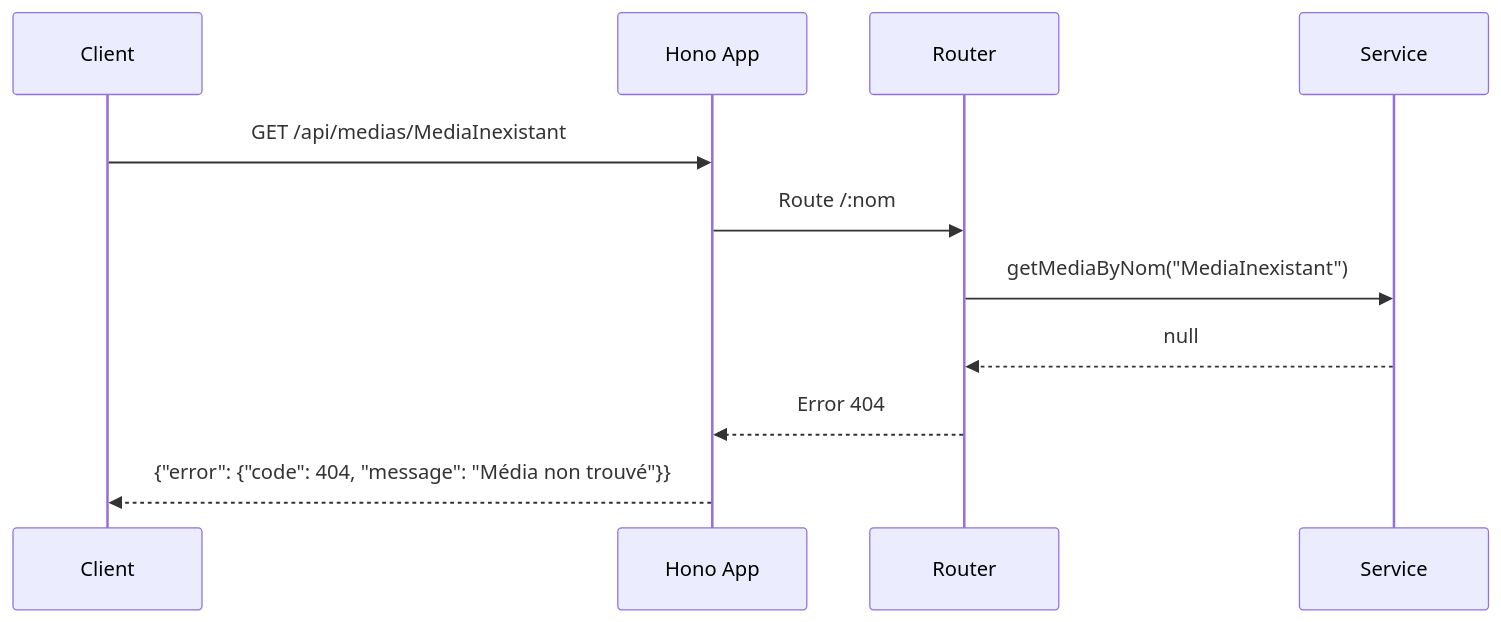
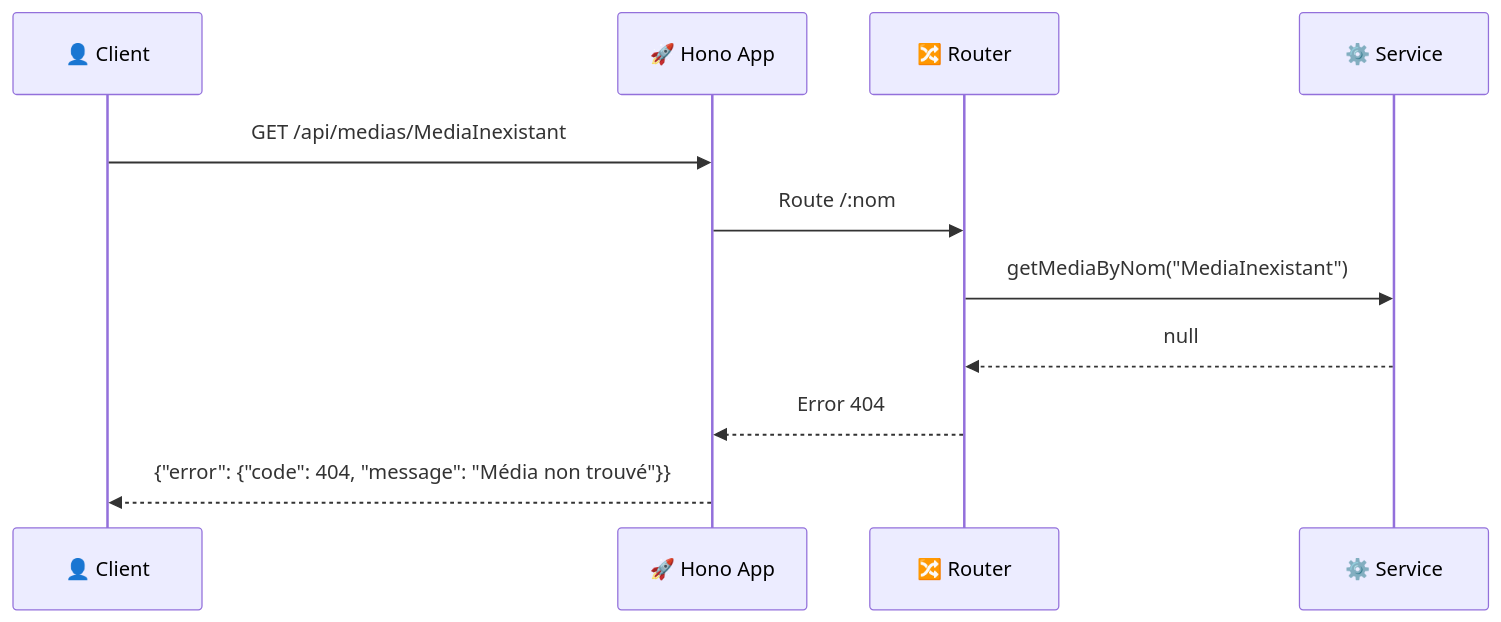
The eighth of 14 diagrams in docs/diagrams.md (cedric-famibelle-pronzola/medias-francais-api), drawn with Mermaid before and after one commit. The commit also changed other lines of this file, not shown here.

Commit message:
docs: improve mermaid styles

````diff
--- a/docs/diagrams.md
+++ b/docs/diagrams.md
@@ -330,14 +394,14 @@
 ```mermaid
 sequenceDiagram
-    participant C as Client
-    participant H as Hono App
-    participant R as Router
-    participant S as Service
+    participant C as 👤 Client
+    participant H as 🚀 Hono App
+    participant R as 🔀 Router
+    participant S as ⚙️ Service
 
     C->>H: GET /api/medias/MediaInexistant
     H->>R: Route /:nom
     R->>S: getMediaByNom("MediaInexistant")
     S-->>R: null
     R-->>H: Error 404
     H-->>C: {"error": {"code": 404, "message": "Média non trouvé"}}
 ```
````
